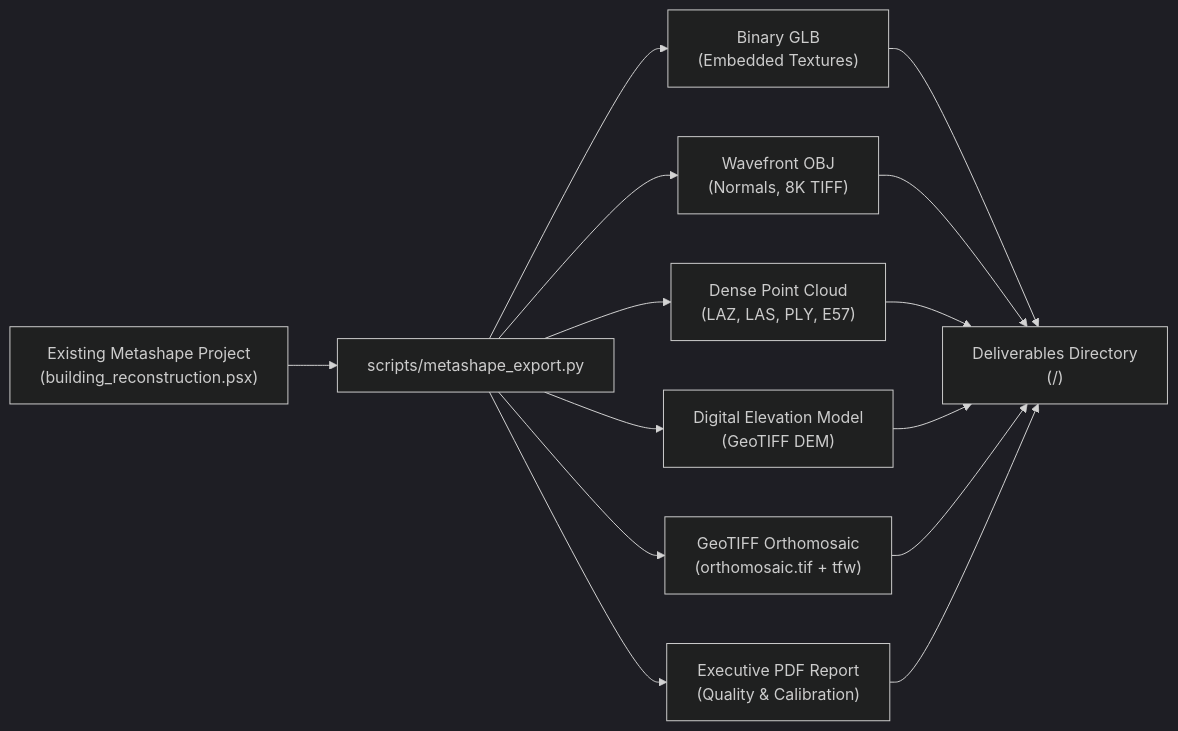
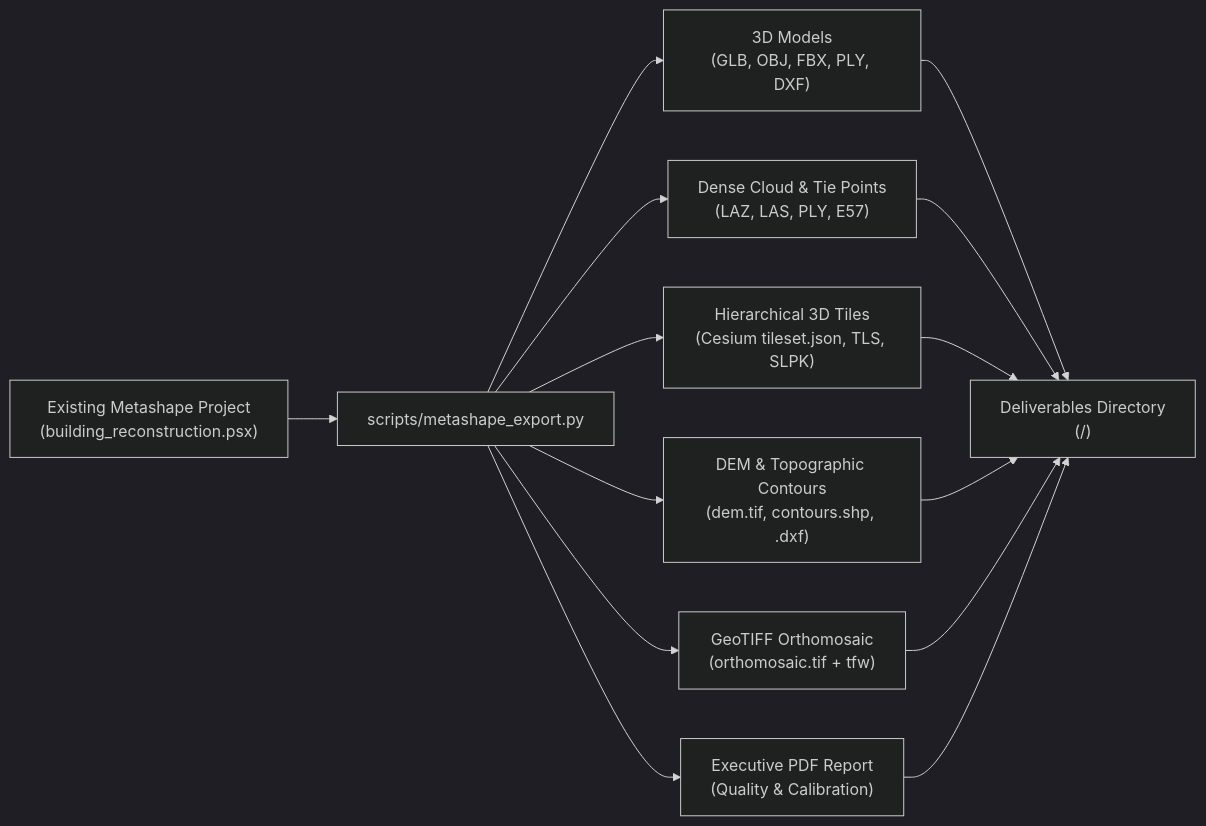
Before and after one commit to ngviettam82/AutoMetashape: the diagram in skills/user/photogrammetry-export/SKILL.md, drawn with Mermaid (dark theme). The commit also changed other lines of this file and 7 other files, not shown here.

````diff
--- a/skills/user/photogrammetry-export/SKILL.md
+++ b/skills/user/photogrammetry-export/SKILL.md
@@ -35,16 +36,16 @@
 ```mermaid
 flowchart LR
     A["Existing Metashape Project<br/>(building_reconstruction.psx)"] --> B["scripts/metashape_export.py"]
-    B --> C["Binary GLB<br/>(Embedded Textures)"]
-    B --> D["Wavefront OBJ<br/>(Normals, 8K TIFF)"]
-    B --> E["Dense Point Cloud<br/>(LAZ, LAS, PLY, E57)"]
-    B --> F["Digital Elevation Model<br/>(GeoTIFF DEM)"]
+    B --> C["3D Models<br/>(GLB, OBJ, FBX, PLY, DXF)"]
+    B --> D["Dense Cloud & Tie Points<br/>(LAZ, LAS, PLY, E57)"]
+    B --> E["Hierarchical 3D Tiles<br/>(Cesium tileset.json, TLS, SLPK)"]
+    B --> F["DEM & Topographic Contours<br/>(dem.tif, contours.shp, .dxf)"]
     B --> G["GeoTIFF Orthomosaic<br/>(orthomosaic.tif + tfw)"]
     B --> H["Executive PDF Report<br/>(Quality & Calibration)"]
     C --> I["Deliverables Directory<br/>(<output_dir>/)"]
     D --> I
     E --> I
     F --> I
     G --> I
     H --> I
 ```
````
